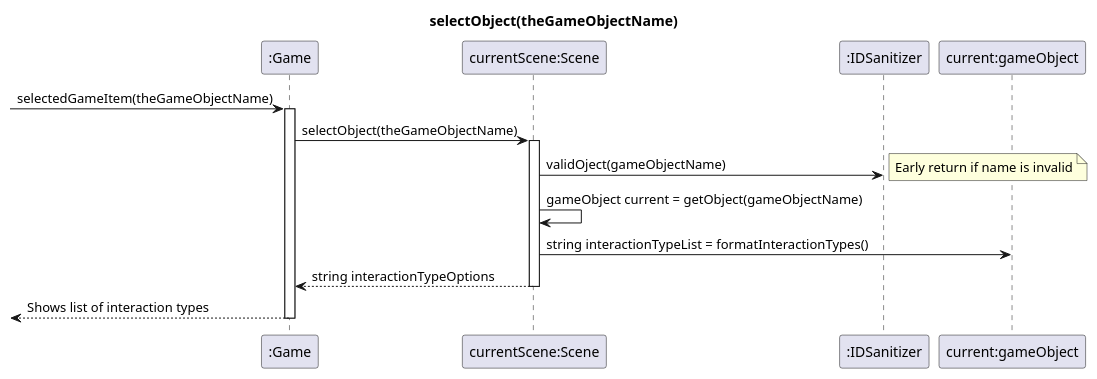
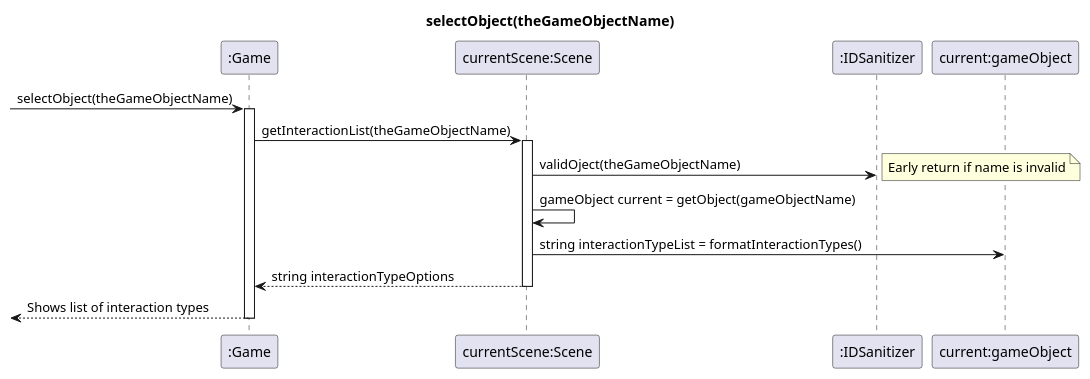
One commit to NoahHakansson/SE-PA1460 changed the diagram in selectObject.pu. Above: the diagram before and after it, drawn with PlantUML. The commit also changed 1 other file, not shown here.

Commit message:
Updated UML on all diagrams

```diff
--- a/selectObject.pu
+++ b/selectObject.pu
@@ -1,14 +1,14 @@
 @startuml
 title selectObject(theGameObjectName)
-[-> ":Game" ++: selectedGameItem(theGameObjectName)
-":Game" -> "currentScene:Scene" ++ : selectObject(theGameObjectName)
+[-> ":Game" ++: selectObject(theGameObjectName)
+":Game" -> "currentScene:Scene" ++ : getInteractionList(theGameObjectName)
 
-"currentScene:Scene" -> ":IDSanitizer" : validOject(gameObjectName)
+"currentScene:Scene" -> ":IDSanitizer" : validOject(theGameObjectName)
 note right: Early return if name is invalid
 "currentScene:Scene" -> "currentScene:Scene": gameObject current = getObject(gameObjectName)
 "currentScene:Scene" -> "current:gameObject": string interactionTypeList = formatInteractionTypes()
 return string interactionTypeOptions
 return Shows list of interaction types
  
 
 @enduml
```
